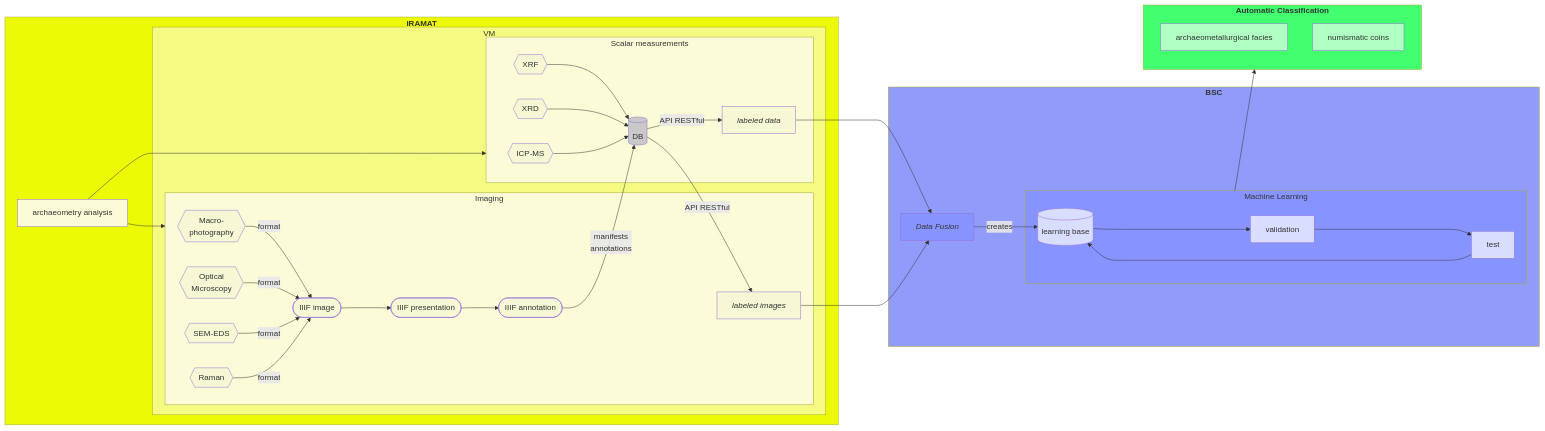
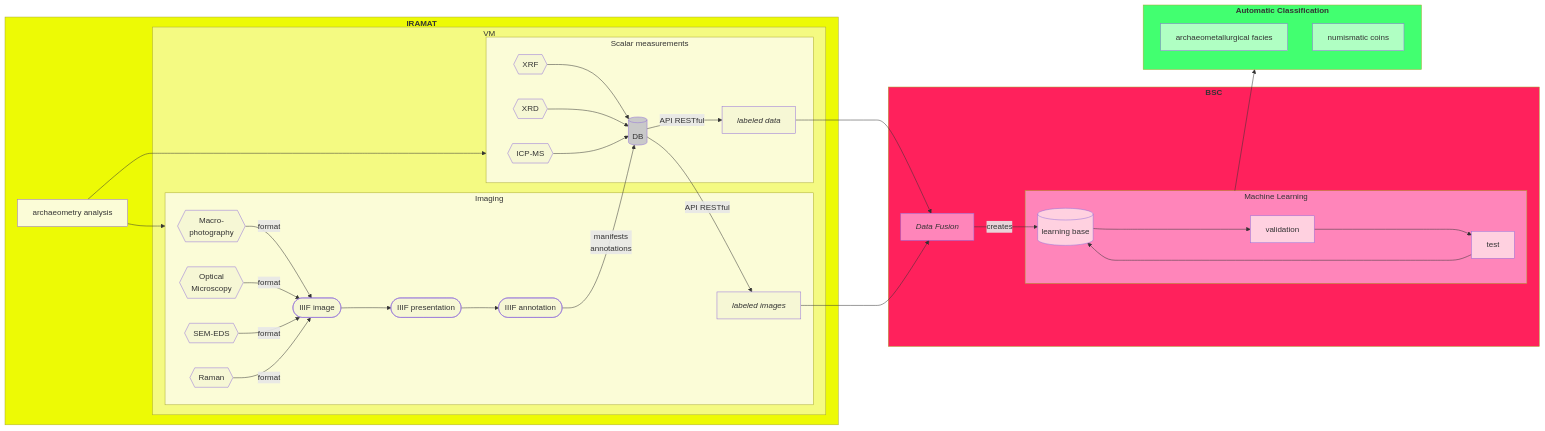
One commit to iramat/iramat-dev changed the diagram in talks/2026-prehst-iiif/index.qmd. Above: the diagram before and after it, drawn with Mermaid. The commit also changed other lines of this file and 2 other files, not shown here.

````diff
--- a/talks/2026-prehst-iiif/index.qmd
+++ b/talks/2026-prehst-iiif/index.qmd
@@ -546,20 +563,15 @@
 style APIdata fill:#f6f7d5
 style APIimg fill:#f6f7d5
 
-style BSC fill:#919cfa
-style PyExtract fill:#8794ff
-style ML fill:#8794ff
-style MLlearn fill:#d9ddff
-style MLvalid fill:#d9ddff
-style MLtest fill:#d9ddff
+style BSC fill:#ff215c
+style PyExtract fill:#ff85ba
+style ML fill:#ff85ba
+style MLlearn fill:#ffd1e0
+style MLvalid fill:#ffd1e0
+style MLtest fill:#ffd1e0
 
 style out fill:#42ff70
 style ResMet fill:#b0ffc3
 style ResNum fill:#b0ffc3
 
-click BD "https://github.com/iramat/iramat-dev/main/talks/2026-bsc/README.md#db"
-click VM "https://github.com/iramat/iramat-dev/main/talks/2026-bsc/README.md#vm"
-click IIIFimg "https://github.com/iramat/iramat-dev/main/talks/2026-bsc/README.md#iiif-image"
-click IIIFpres "https://github.com/iramat/iramat-dev/main/talks/2026-bsc/README.md#iiif-presentation"
-click IIIFannot "https://github.com/iramat/iramat-dev/main/talks/2026-bsc/README.md#iiif-annotation"
 ```
````
